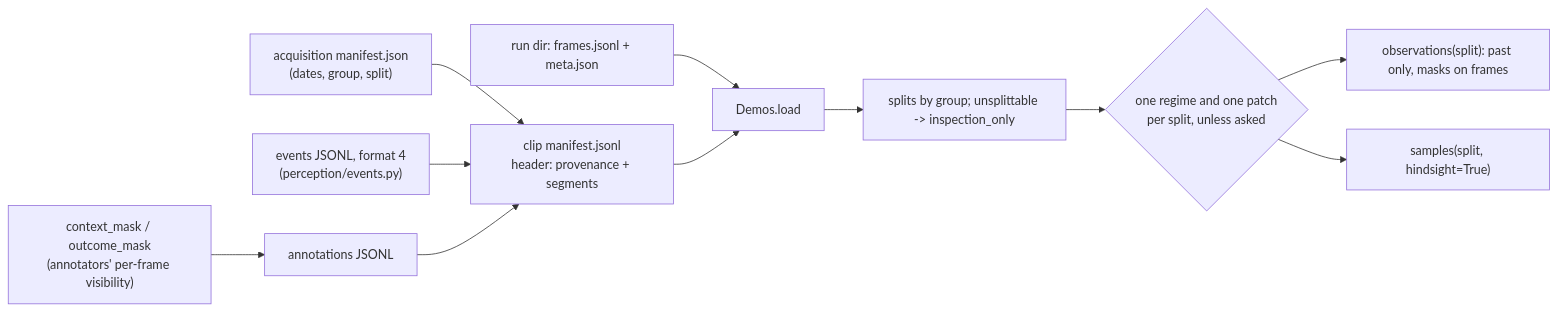
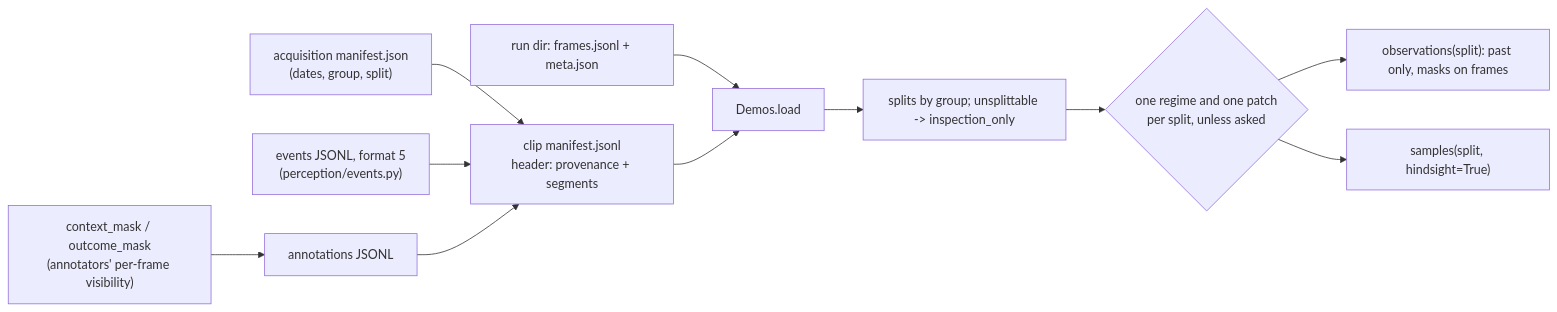
Before and after one commit to Volpestyle/rivals-agent: the diagram in docs/lanes/demos.md, drawn with Mermaid. The commit also changed other lines of this file and 2 other files, not shown here.

First line of the commit message:
Loader reads event format 5: known_at is the only availability clock

````diff
--- a/docs/lanes/demos.md
+++ b/docs/lanes/demos.md
@@ -29,13 +29,13 @@
 ```mermaid
 flowchart LR
   A["acquisition manifest.json<br/>(dates, group, split)"] --> M["clip manifest.jsonl<br/>header: provenance + segments"]
-  E["events JSONL, format 4<br/>(perception/events.py)"] --> M
+  E["events JSONL, format 5<br/>(perception/events.py)"] --> M
   V["context_mask / outcome_mask<br/>(annotators' per-frame visibility)"] --> N["annotations JSONL"]
   N --> M
   R["run dir: frames.jsonl + meta.json"] --> L[Demos.load]
   M --> L
   L --> S["splits by group; unsplittable -> inspection_only"]
   S --> G{"one regime and one patch<br/>per split, unless asked"}
   G --> O["observations(split): past only, masks on frames"]
   G --> H["samples(split, hindsight=True)"]
 ```
````
